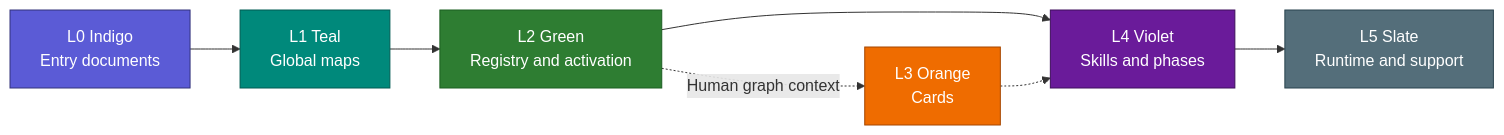
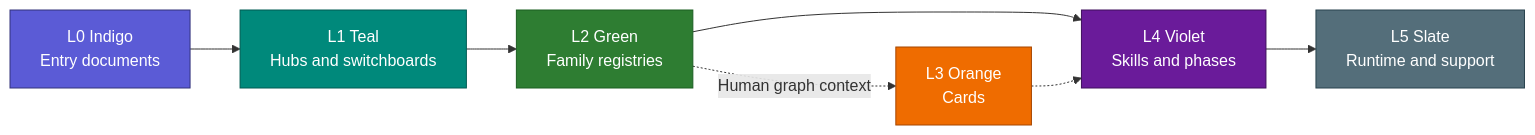
The diagram in docs/human/06_GRAPH_AND_COLORS.md (geekybobz/skills_ai), drawn with Mermaid before and after one commit. The commit also changed other lines of this file and 19 other files, not shown here.

First line of the commit message:
feat(graph): enforce role-based Obsidian layout

````diff
--- a/docs/human/06_GRAPH_AND_COLORS.md
+++ b/docs/human/06_GRAPH_AND_COLORS.md
@@ -19,22 +19,22 @@
 ```mermaid
 flowchart LR
-    L0["L0 Indigo<br/>Entry documents"] --> L1["L1 Teal<br/>Global maps"]
-    L1 --> L2["L2 Green<br/>Registry and activation"]
+    L0["L0 Indigo<br/>Entry documents"] --> L1["L1 Teal<br/>Hubs and switchboards"]
+    L1 --> L2["L2 Green<br/>Family registries"]
     L2 --> L4["L4 Violet<br/>Skills and phases"]
     L4 --> L5["L5 Slate<br/>Runtime and support"]
     L2 -. "Human graph context" .-> L3["L3 Orange<br/>Cards"]
     L3 -.-> L4
 
     classDef L0 fill:#5B5BD6,color:#fff,stroke:#32327A
     classDef L1 fill:#00897B,color:#fff,stroke:#005B52
     classDef L2 fill:#2E7D32,color:#fff,stroke:#1B5E20
     classDef L3 fill:#EF6C00,color:#fff,stroke:#A64700
     classDef L4 fill:#6A1B9A,color:#fff,stroke:#3E0F5C
     classDef L5 fill:#546E7A,color:#fff,stroke:#29434E
     class L0 L0
     class L1 L1
     class L2 L2
     class L3 L3
     class L4 L4
     class L5 L5
 ```
````
